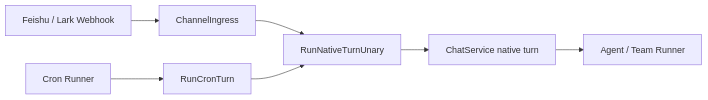
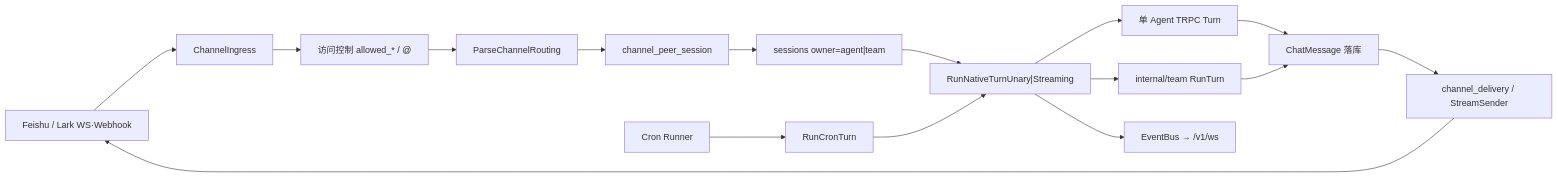
The fifth of 8 diagrams in docs/需求/0 系统框图.md (AmarsDing/aranea-agents), drawn with Mermaid before and after one commit. The commit also changed other lines of this file and 205 other files, not shown here.

````diff
--- a/docs/需求/0 系统框图.md
+++ b/docs/需求/0 系统框图.md
@@ -193,9 +195,18 @@
 ```mermaid
 flowchart LR
-  Feishu["Feishu / Lark Webhook"] --> Ingress["ChannelIngress"]
+  Feishu["Feishu / Lark WS·Webhook"] --> Ingress["ChannelIngress"]
+  Ingress --> Access["访问控制 allowed_* / @"]
+  Access --> Route["ParseChannelRouting"]
+  Route --> Peer["channel_peer_session"]
+  Peer --> Session["sessions owner=agent|team"]
+  Session --> Native["RunNativeTurnUnary|Streaming"]
   Cron["Cron Runner"] --> CronTurn["RunCronTurn"]
-  Ingress --> Native["RunNativeTurnUnary"]
   CronTurn --> Native
-  Native --> ChatCore["ChatService native turn"]
-  ChatCore --> Runtime["Agent / Team Runner"]
+  Native --> AgentR["单 Agent TRPC Turn"]
+  Native --> TeamR["internal/team RunTurn"]
+  AgentR --> Msg["ChatMessage 落库"]
+  TeamR --> Msg
+  Msg --> Out["channel_delivery / StreamSender"]
+  Out --> Feishu
+  Native --> EB["EventBus → /v1/ws"]
 ```
````
